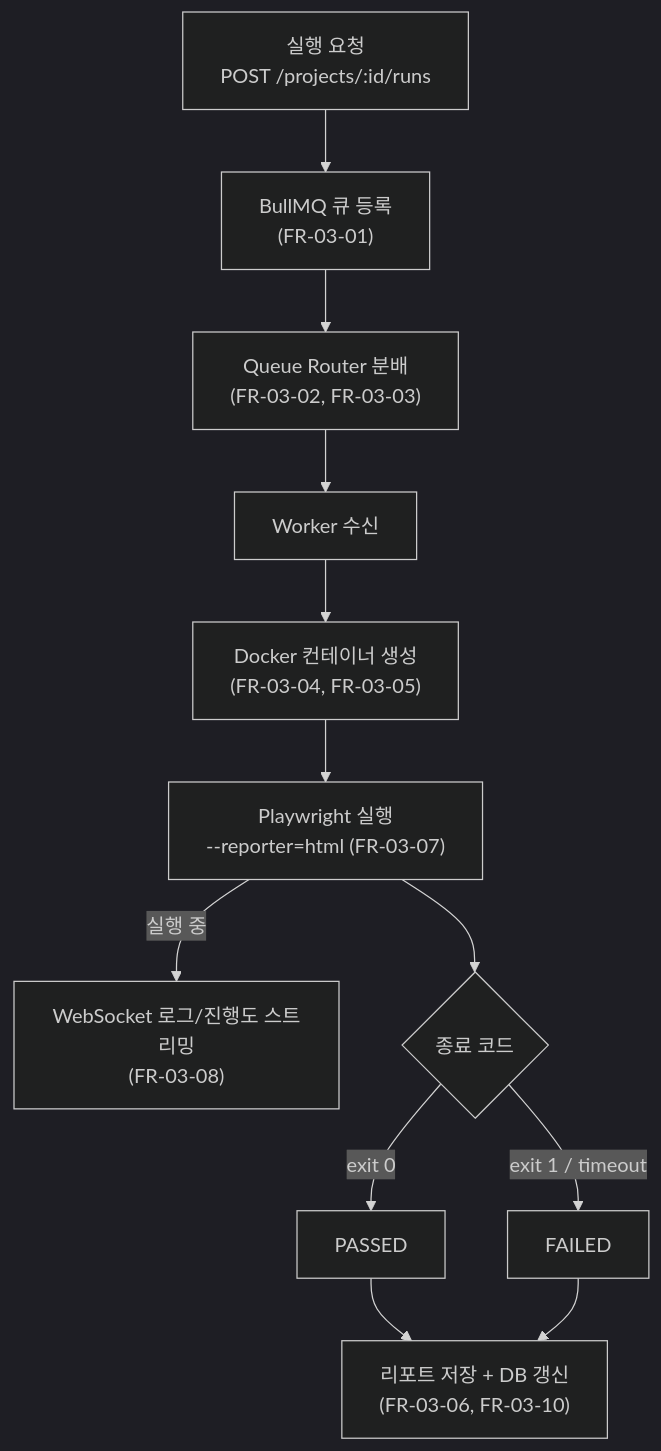
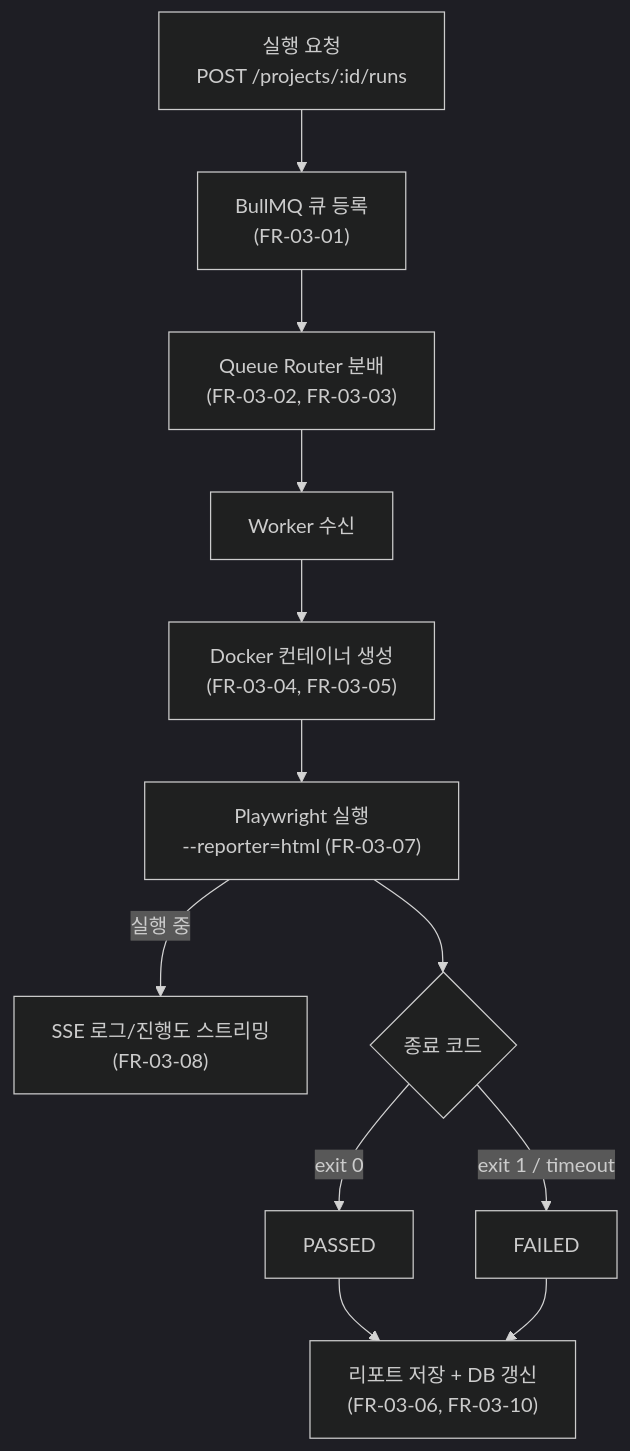
The first of 2 diagrams in docs/specs/02_요구사항명세서.md (ColdzyBoy/playwright-hub), drawn with Mermaid (dark theme) before and after one commit. The commit also changed other lines of this file and 20 other files, not shown here.

````diff
--- a/docs/specs/02_요구사항명세서.md
+++ b/docs/specs/02_요구사항명세서.md
@@ -41,14 +41,14 @@
 ```mermaid
 flowchart TD
     A["실행 요청<br/>POST /projects/:id/runs"] --> B["BullMQ 큐 등록<br/>(FR-03-01)"]
     B --> C["Queue Router 분배<br/>(FR-03-02, FR-03-03)"]
     C --> D["Worker 수신"]
     D --> E["Docker 컨테이너 생성<br/>(FR-03-04, FR-03-05)"]
     E --> F["Playwright 실행<br/>--reporter=html (FR-03-07)"]
-    F -->|실행 중| G["WebSocket 로그/진행도 스트리밍<br/>(FR-03-08)"]
+    F -->|실행 중| G["SSE 로그/진행도 스트리밍<br/>(FR-03-08)"]
     F --> H{"종료 코드"}
     H -->|exit 0| I["PASSED"]
     H -->|exit 1 / timeout| J["FAILED"]
     I --> K["리포트 저장 + DB 갱신<br/>(FR-03-06, FR-03-10)"]
     J --> K
 ```
````
